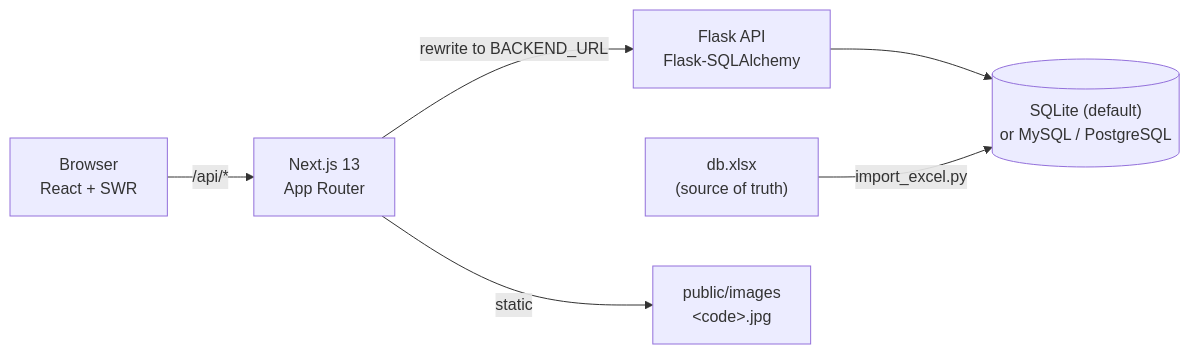
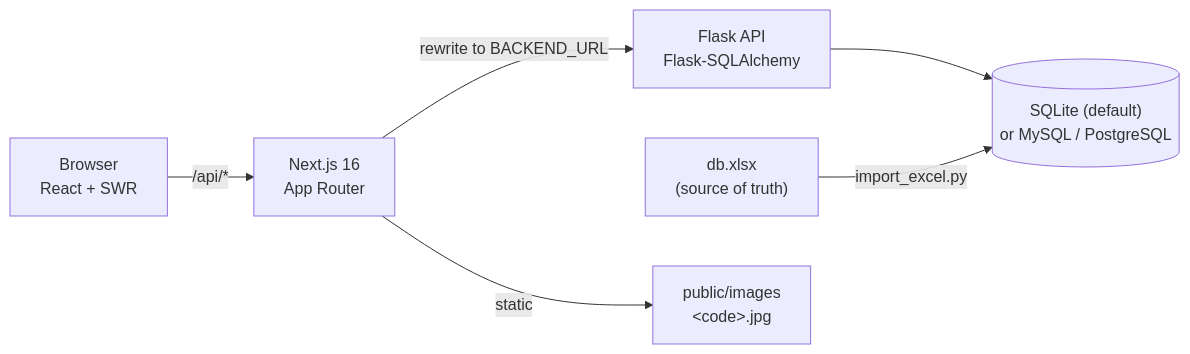
One commit to TheGreatArthur/aquariusproject changed the diagram in README.md. Above: the diagram before and after it, drawn with Mermaid. The commit also changed other lines of this file and 3 other files, not shown here.

````diff
--- a/README.md
+++ b/README.md
@@ -37,8 +37,8 @@
 ```mermaid
 flowchart LR
-    Browser["Browser<br/>React + SWR"] -->|"/api/*"| Next["Next.js 13<br/>App Router"]
+    Browser["Browser<br/>React + SWR"] -->|"/api/*"| Next["Next.js 16<br/>App Router"]
     Next -->|"rewrite to BACKEND_URL"| Flask["Flask API<br/>Flask-SQLAlchemy"]
     Flask --> DB[("SQLite (default)<br/>or MySQL / PostgreSQL")]
     Excel["db.xlsx<br/>(source of truth)"] -->|"import_excel.py"| DB
     Next -->|"static"| Images["public/images<br/>&lt;code&gt;.jpg"]
 ```
````
